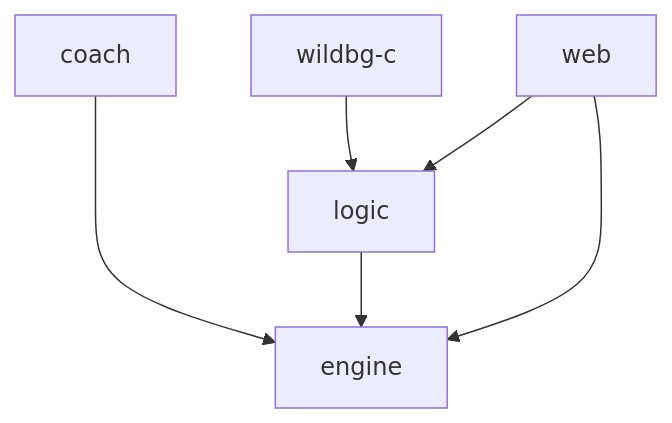
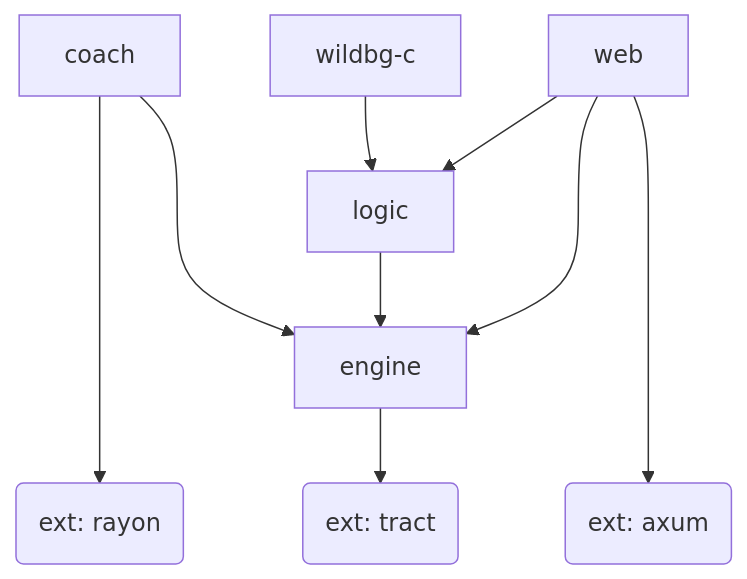
The diagram in docs/dev/architecture.md (carsten-wenderdel/wildbg), drawn with Mermaid before and after one commit. The commit also changed other lines of this file, not shown here.

````diff
--- a/docs/dev/architecture.md
+++ b/docs/dev/architecture.md
@@ -9,8 +10,11 @@
 ```mermaid
-flowchart
+graph
+    coach ----> rayon("ext: rayon")
     coach ---> engine
     wildbg-c --> logic
     logic --> engine
+    web --> logic
     web ---> engine
-    web --> logic
+    engine --> tract("ext: tract")
+    web ----> axum("ext: axum")
 ```
````
